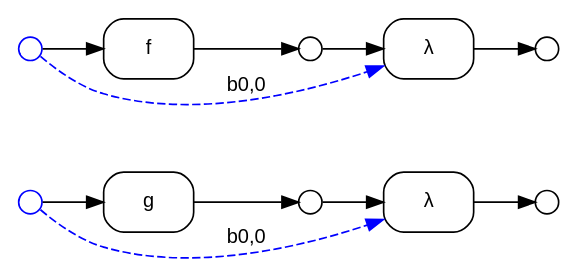
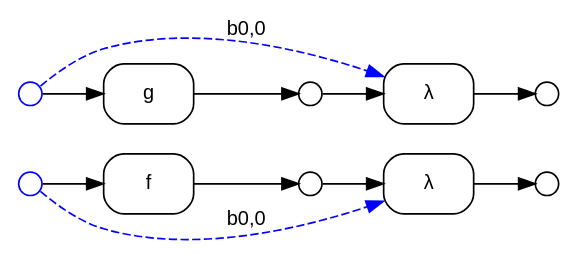
The diagram in safety_safe_sibling_lambdas.dot (ammatsui/bhypvis), drawn with Graphviz before and after one commit. The commit also changed other lines of this file and 939 other files, not shown here.

```diff
--- a/safety_safe_sibling_lambdas.dot
+++ b/safety_safe_sibling_lambdas.dot
@@ -1,35 +1,35 @@
 digraph G {
   fontname="Helvetica"
   fontsize=12
   rankdir=LR;
   node [fontname="Helvetica", fontsize=12];
   edge [fontname="Helvetica", fontsize=12];
 
   // Nodes
+  n2 [label="", shape=circle, style=filled, fillcolor=white, color="black", width=0.2, height=0.2, fixedsize=true];
   n1 [label="", shape=circle, style=filled, fillcolor=white, color="blue", width=0.2, height=0.2, fixedsize=true];
+  n3 [label="", shape=circle, style=filled, fillcolor=white, color="black", width=0.2, height=0.2, fixedsize=true];
+  n0 [label="", shape=circle, style=filled, fillcolor=white, color="blue", width=0.2, height=0.2, fixedsize=true];
   n4 [label="", shape=circle, style=filled, fillcolor=white, color="black", width=0.2, height=0.2, fixedsize=true];
-  n0 [label="", shape=circle, style=filled, fillcolor=white, color="blue", width=0.2, height=0.2, fixedsize=true];
-  n3 [label="", shape=circle, style=filled, fillcolor=white, color="black", width=0.2, height=0.2, fixedsize=true];
   n5 [label="", shape=circle, style=filled, fillcolor=white, color="black", width=0.2, height=0.2, fixedsize=true];
-  n2 [label="", shape=circle, style=filled, fillcolor=white, color="black", width=0.2, height=0.2, fixedsize=true];
 
   // Hyperedges
+  e3 [label="λ", shape=box, style=rounded, color="black"];
   e0 [label="f", shape=box, style=rounded, color="black"];
   e1 [label="g", shape=box, style=rounded, color="black"];
-  e3 [label="λ", shape=box, style=rounded, color="black"];
   e2 [label="λ", shape=box, style=rounded, color="black"];
 
   // Source connections
+  n3 -> e3 [label=""];
+  n1 -> e3 [style=dashed, color="blue", constraint=false, label="b0,0"];
   n0 -> e0 [label=""];
   n1 -> e1 [label=""];
-  n3 -> e3 [label=""];
-  n1 -> e3 [style=dashed, color="blue", constraint=false, label="b0,0"];
   n2 -> e2 [label=""];
   n0 -> e2 [style=dashed, color="blue", constraint=false, label="b0,0"];
 
   // Target connections
+  e3 -> n5 [label=""];
   e0 -> n2 [label=""];
   e1 -> n3 [label=""];
-  e3 -> n5 [label=""];
   e2 -> n4 [label=""];
 }
```
